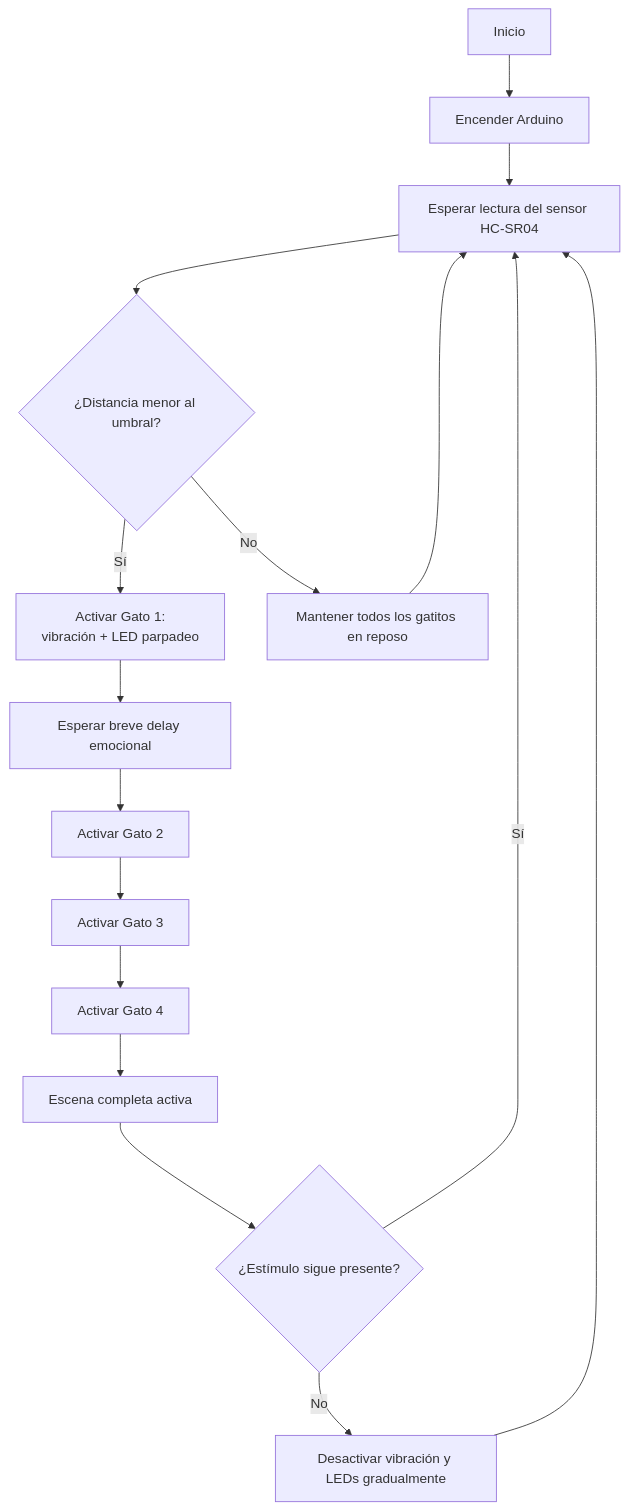
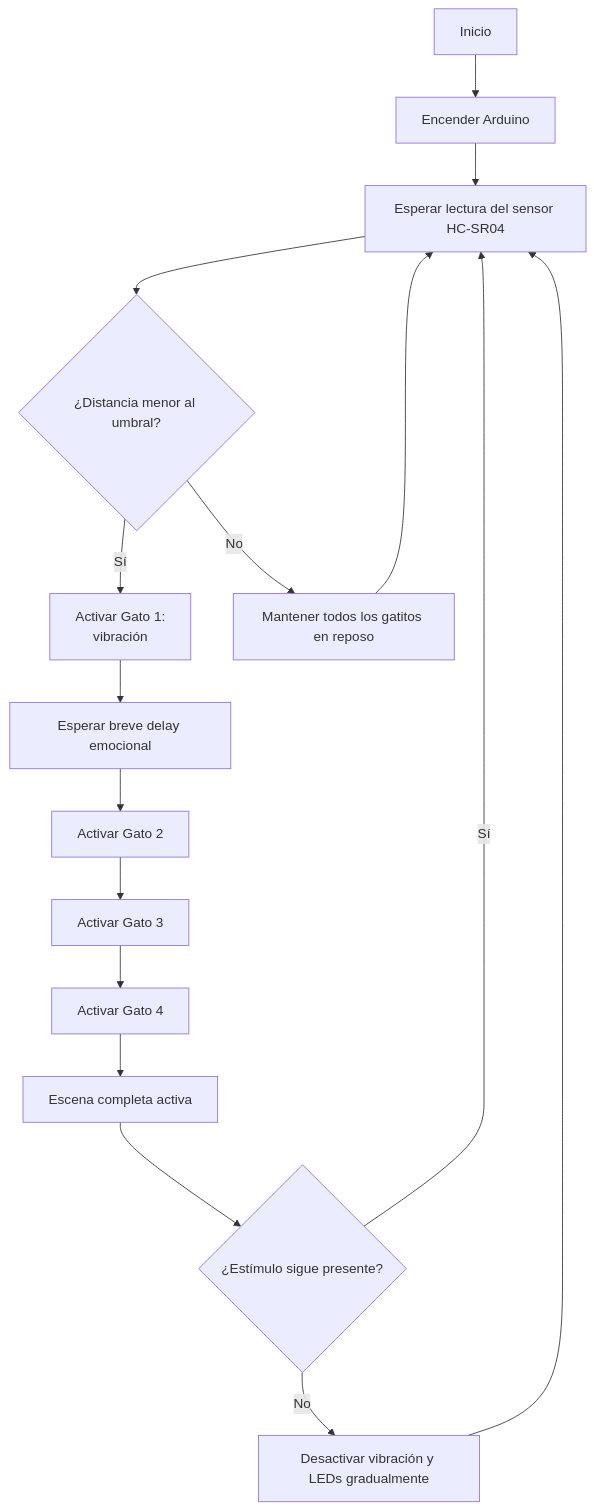
Before and after one commit to disenoUDP/dis8645-2025-2-proyectos: the diagram in 00-examen/grupo-02/README.md, drawn with Mermaid. The commit also changed other lines of this file, not shown here.

````diff
--- a/00-examen/grupo-02/README.md
+++ b/00-examen/grupo-02/README.md
@@ -86,24 +86,24 @@
 ```mermaid
 flowchart TD
     A[Inicio] --> B[Encender Arduino]
     B --> C[Esperar lectura del sensor HC-SR04]
 
     C --> D{¿Distancia menor al umbral?}
 
-    D -- Sí --> E[Activar Gato 1:<br>vibración + LED parpadeo]
+    D -- Sí --> E[Activar Gato 1:<br>vibración]
     E --> F[Esperar breve delay emocional]
     F --> G[Activar Gato 2]
     G --> H[Activar Gato 3]
     H --> I[Activar Gato 4]
 
     D -- No --> J[Mantener todos los gatitos en reposo]
 
     I --> K[Escena completa activa]
     J --> C
     K --> L{¿Estímulo sigue presente?}
 
     L -- Sí --> C
     L -- No --> M[Desactivar vibración y LEDs gradualmente]
 
     M --> C
 ```
````
